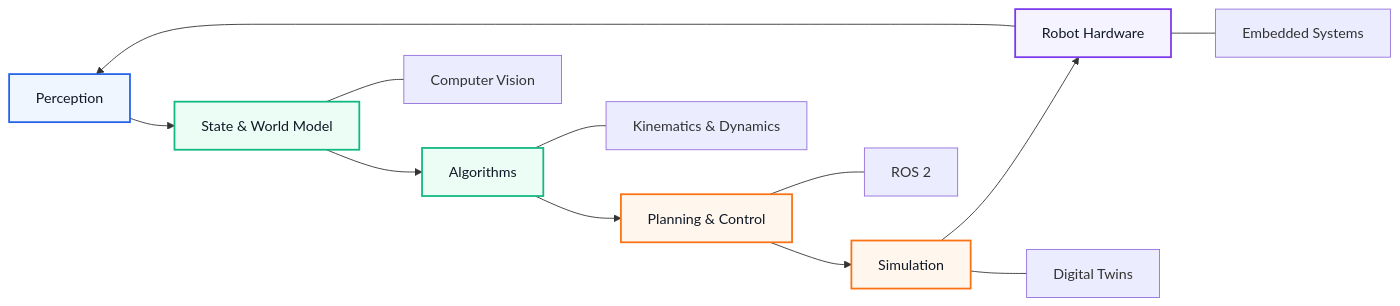
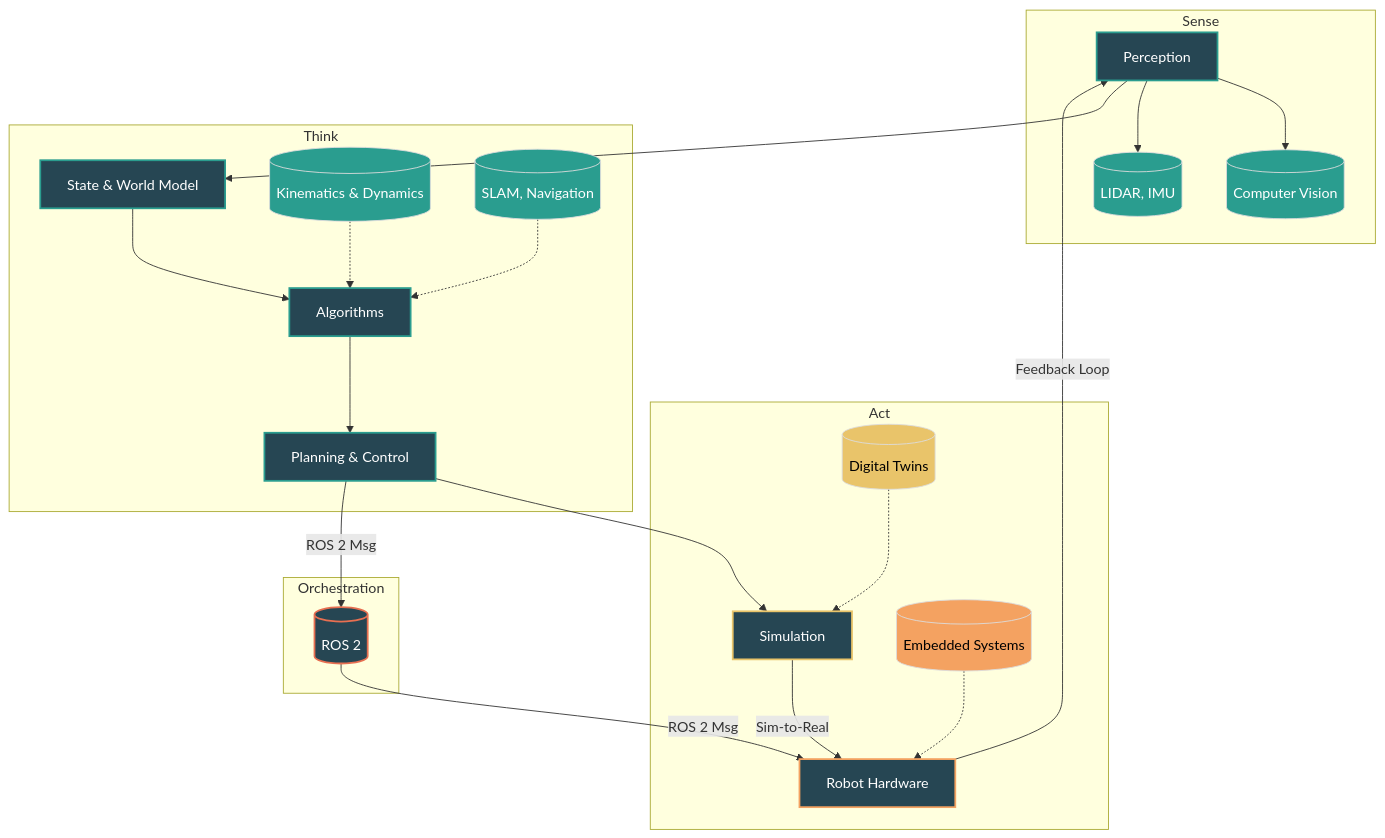
One commit to devwithchai/devwithchai changed the diagram in README.md. Above: the diagram before and after it, drawn with Mermaid. The commit also changed other lines of this file, not shown here.

Commit message:
Refactor README to remove badges and update diagram
Removed badge lines from the README for various technologies and replaced them with images. Updated the diagram to include new elements and improved the layout.

````diff
--- a/README.md
+++ b/README.md
@@ -124,22 +116,64 @@
 ```mermaid
-graph LR
-    A[Perception] --> B[State & World Model]
-    B --> C[Algorithms]
-    C --> D[Planning & Control]
-    D --> E[Simulation]
-    E --> F[Robot Hardware]
-    F --> A
+graph TD
+    subgraph "Sense"
+        A[Perception]
+        A_CV[(Computer Vision)]
+        A_LIDAR[(LIDAR, IMU)]
+        A --> A_CV
+        A --> A_LIDAR
+    end
 
-    B --- G[Computer Vision]
-    C --- H[Kinematics & Dynamics]
-    D --- I[ROS 2]
-    E --- J[Digital Twins]
-    F --- K[Embedded Systems]
+    subgraph "Think"
+        B[State & World Model]
+        C[Algorithms]
+        D[Planning & Control]
+        B --> C
+        C --> D
+        C_KD[("Kinematics & Dynamics")] -.-> C
+        C_SLAM[("SLAM, Navigation")] -.-> C
+    end
 
-    style A fill:#eff6ff,stroke:#2563eb,stroke-width:2px,color:#111827
-    style B fill:#ecfdf5,stroke:#10b981,stroke-width:2px,color:#111827
-    style C fill:#ecfdf5,stroke:#10b981,stroke-width:2px,color:#111827
-    style D fill:#fff7ed,stroke:#f97316,stroke-width:2px,color:#111827
-    style E fill:#fff7ed,stroke:#f97316,stroke-width:2px,color:#111827
-    style F fill:#f5f3ff,stroke:#7c3aed,stroke-width:2px,color:#111827
+    subgraph "Act"
+        E[Simulation]
+        F[Robot Hardware]
+        E_DT[(Digital Twins)] -.-> E
+        F_ES[(Embedded Systems)] -.-> F
+    end
+
+    subgraph "Orchestration"
+        ROS2[("ROS 2")]
+    end
+
+    A --> B
+    D --> E
+    E -- "Sim-to-Real" --> F
+    F -- "Feedback Loop" --> A
+
+    D -- "ROS 2 Msg" --> ROS2
+    ROS2 -- "ROS 2 Msg" --> F
+
+    %% Main process nodes
+    style A fill:#264653,stroke:#2A9D8F,stroke-width:2px,color:#fff
+    style B fill:#264653,stroke:#2A9D8F,stroke-width:2px,color:#fff
+    style C fill:#264653,stroke:#2A9D8F,stroke-width:2px,color:#fff
+    style D fill:#264653,stroke:#2A9D8F,stroke-width:2px,color:#fff
+    style E fill:#264653,stroke:#E9C46A,stroke-width:2px,color:#fff
+    style F fill:#264653,stroke:#F4A261,stroke-width:2px,color:#fff
+    style ROS2 fill:#264653,stroke:#E76F51,stroke-width:2px,color:#fff
+
+    %% Sub-item nodes
+    style A_CV fill:#2A9D8F,color:#fff
+    style A_LIDAR fill:#2A9D8F,color:#fff
+    style C_KD fill:#2A9D8F,color:#fff
+    style C_SLAM fill:#2A9D8F,color:#fff
+    style E_DT fill:#E9C46A,color:#000
+    style F_ES fill:#F4A261,color:#000
+
+    %% Clickable links
+    click C_KD "https://github.com/devwithchai/OpenKinematics" "View OpenKinematics repository" _blank
+    click C_SLAM "https://github.com/devwithchai/MobileRobotics" "View Mobile Robotics repository" _blank
+    click F_ES "https://github.com/devwithchai/MobileRobotics" "View Mobile Robotics repository" _blank
+    click ROS2 "https://docs.ros.org/en/rolling/" "Go to ROS 2 Documentation" _blank
+
+    classDef default fill:#264653,stroke:#ddd,color:#fff
 ```
````
